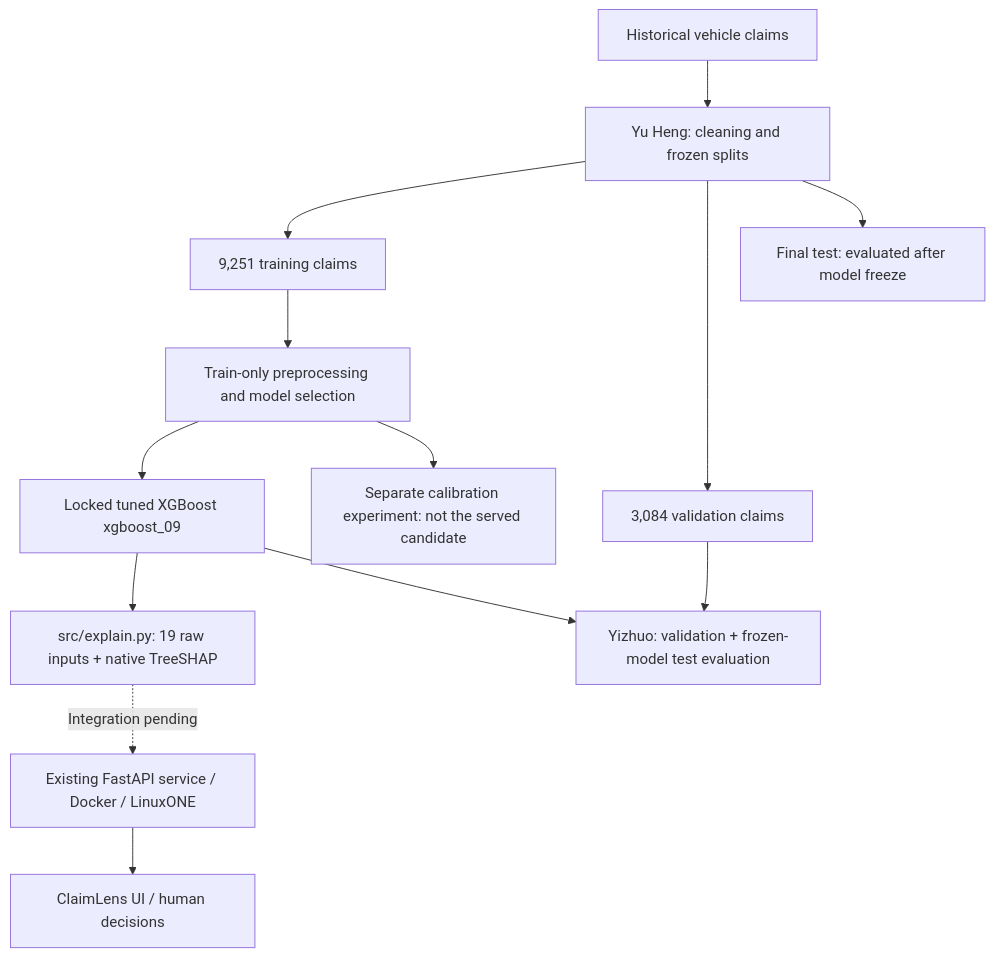
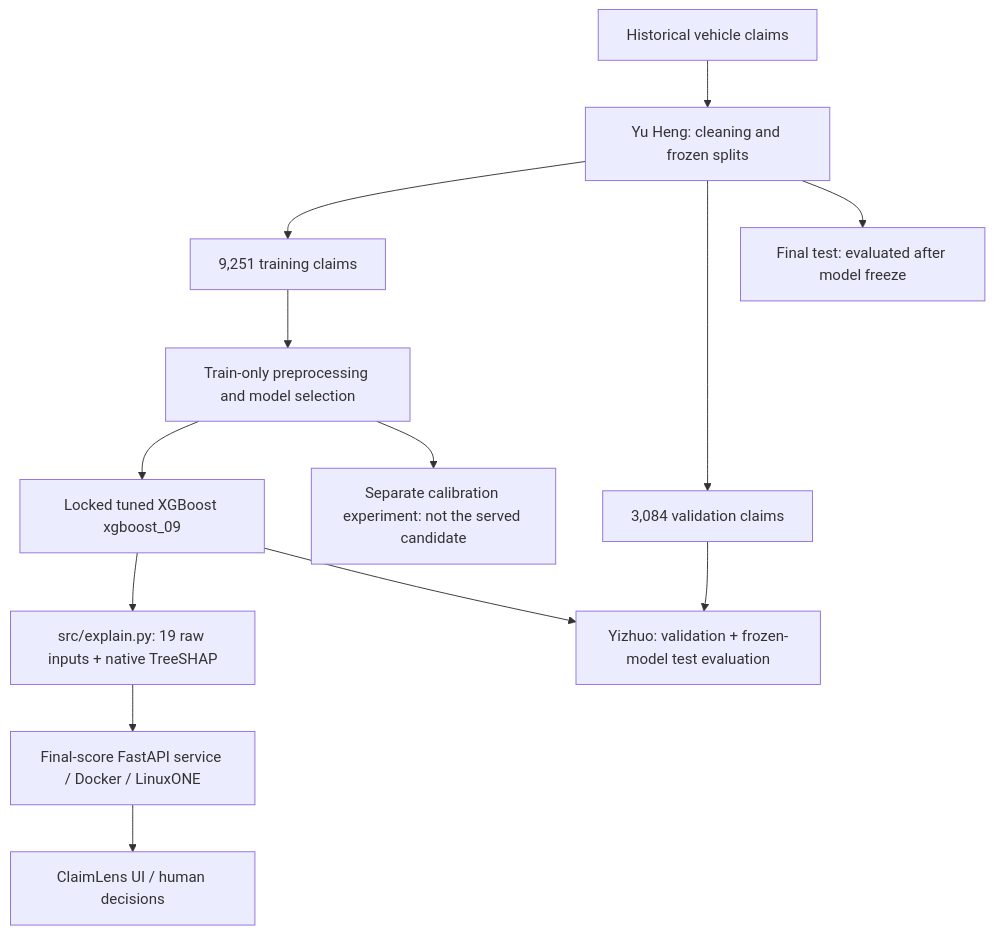
The diagram in docs/architecture.md (damientjk/wedidit), drawn with Mermaid before and after one commit. The commit also changed other lines of this file and 15 other files, not shown here.

````diff
--- a/docs/architecture.md
+++ b/docs/architecture.md
@@ -15,15 +15,15 @@
 ```mermaid
 flowchart TB
     RAW["Historical vehicle claims"] --> PREP["Yu Heng: cleaning and frozen splits"]
     PREP --> TRAIN["9,251 training claims"]
     PREP --> VAL["3,084 validation claims"]
     PREP --> TEST["Final test: evaluated after model freeze"]
     TRAIN --> CV["Train-only preprocessing and model selection"]
     CV --> LOCK["Locked tuned XGBoost xgboost_09"]
     LOCK --> EXPLAIN["src/explain.py: 19 raw inputs + native TreeSHAP"]
     LOCK --> EVAL["Yizhuo: validation + frozen-model test evaluation"]
     VAL --> EVAL
-    EXPLAIN -. "Integration pending" .-> API["Existing FastAPI service / Docker / LinuxONE"]
+    EXPLAIN --> API["Final-score FastAPI service / Docker / LinuxONE"]
     API --> UI["ClaimLens UI / human decisions"]
     CV --> CAL["Separate calibration experiment: not the served candidate"]
 ```
````
